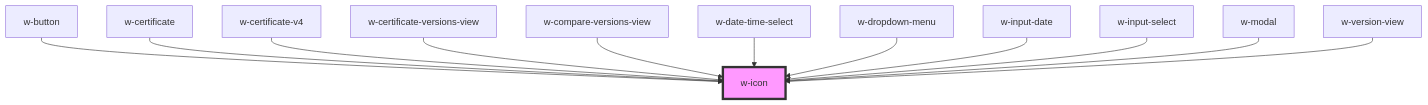
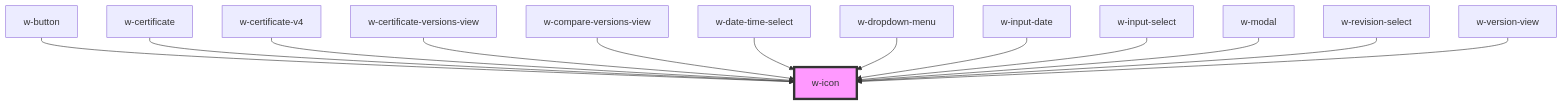
One commit to wordproof/ui changed the diagram in src/components/w-icon/readme.md. Above: the diagram before and after it, drawn with Mermaid. The commit also changed other lines of this file and 4 other files, not shown here.

````diff
--- a/src/components/w-icon/readme.md
+++ b/src/components/w-icon/readme.md
@@ -33,15 +34,16 @@
 ```mermaid
 graph TD;
   w-button --> w-icon
   w-certificate --> w-icon
   w-certificate-v4 --> w-icon
   w-certificate-versions-view --> w-icon
   w-compare-versions-view --> w-icon
   w-date-time-select --> w-icon
   w-dropdown-menu --> w-icon
   w-input-date --> w-icon
   w-input-select --> w-icon
   w-modal --> w-icon
+  w-revision-select --> w-icon
   w-version-view --> w-icon
   style w-icon fill:#f9f,stroke:#333,stroke-width:4px
 ```
````
